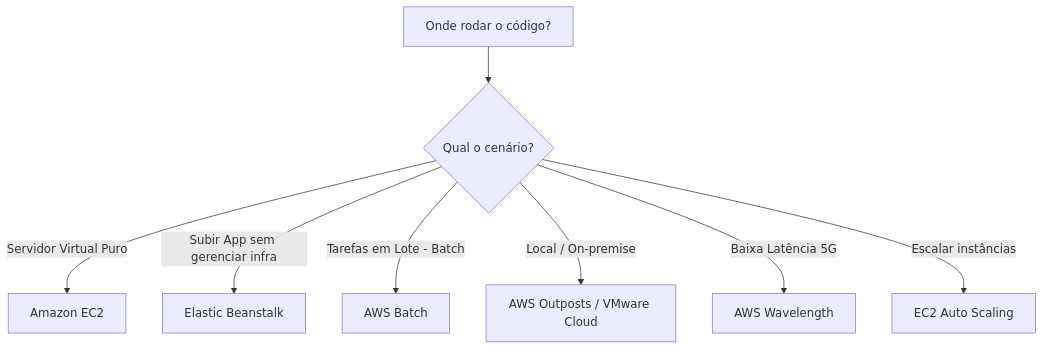
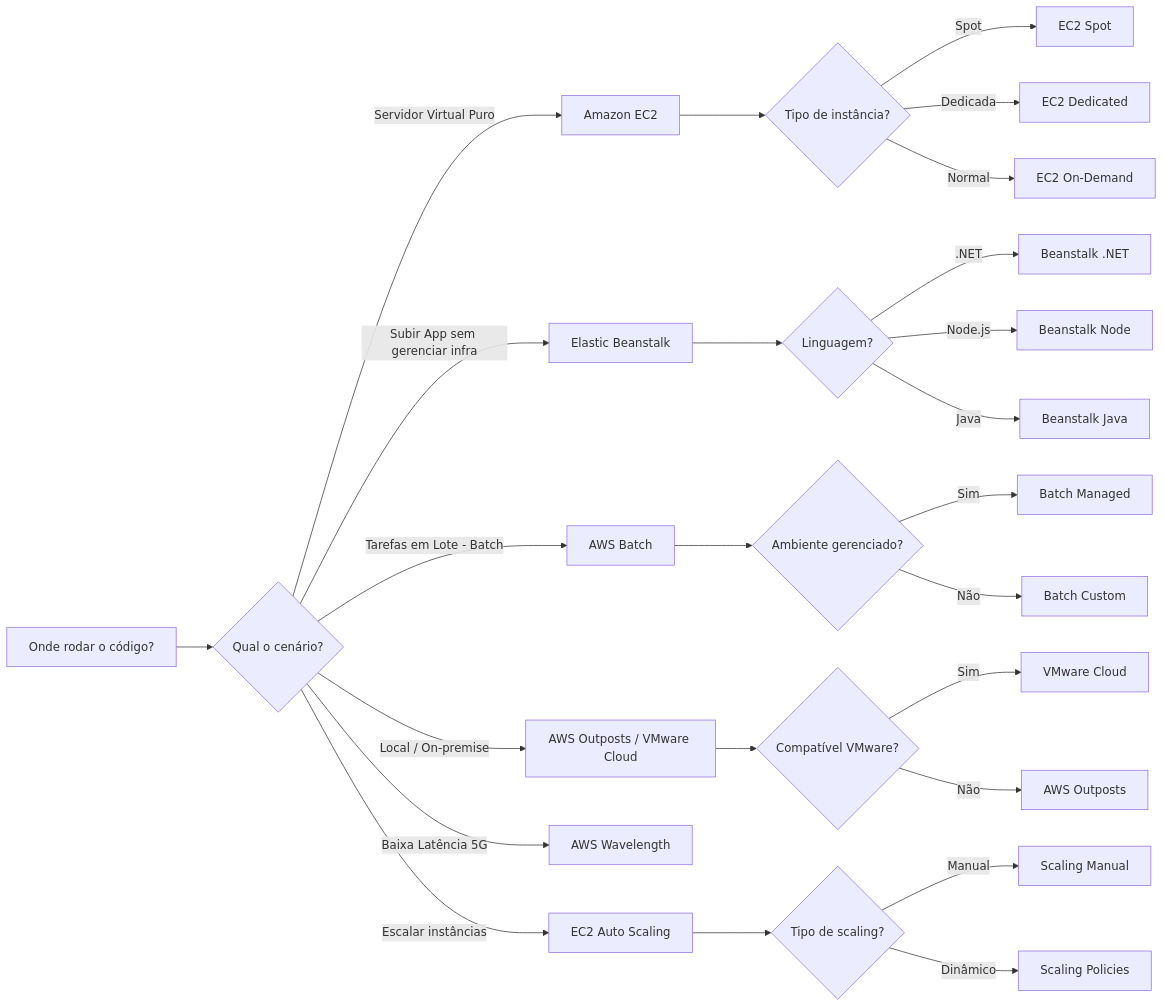
One commit to marcelooliveira/flashcards-aws changed the third of 10 diagrams in FlashCards/Web/wwwroot/minimal/decision-trees-aws-services.md. Above: the diagram before and after it, drawn with Mermaid. The commit also changed other lines of this file, not shown here.

Commit message:
refactor: update decision trees for AWS services with enhanced options and integrations

````diff
--- a/FlashCards/Web/wwwroot/minimal/decision-trees-aws-services.md
+++ b/FlashCards/Web/wwwroot/minimal/decision-trees-aws-services.md
@@ -35,10 +82,27 @@
 ```mermaid
-graph TD
+graph LR
     A[Onde rodar o código?] --> B{Qual o cenário?}
     B -- Servidor Virtual Puro --> C[Amazon EC2]
+    C --> C1{Tipo de instância?}
+    C1 -- Spot --> C2[EC2 Spot]
+    C1 -- Dedicada --> C3[EC2 Dedicated]
+    C1 -- Normal --> C4[EC2 On-Demand]
     B -- Subir App sem gerenciar infra --> D[Elastic Beanstalk]
+    D --> D1{Linguagem?}
+    D1 -- .NET --> D2[Beanstalk .NET]
+    D1 -- Node.js --> D3[Beanstalk Node]
+    D1 -- Java --> D4[Beanstalk Java]
     B -- Tarefas em Lote - Batch --> E[AWS Batch]
+    E --> E1{Ambiente gerenciado?}
+    E1 -- Sim --> E2[Batch Managed]
+    E1 -- Não --> E3[Batch Custom]
     B -- Local / On-premise --> F[AWS Outposts / VMware Cloud]
+    F --> F1{Compatível VMware?}
+    F1 -- Sim --> F2[VMware Cloud]
+    F1 -- Não --> F3[AWS Outposts]
     B -- Baixa Latência 5G --> G[AWS Wavelength]
     B -- Escalar instâncias --> H[EC2 Auto Scaling]
+    H --> H1{Tipo de scaling?}
+    H1 -- Manual --> H2[Scaling Manual]
+    H1 -- Dinâmico --> H3[Scaling Policies]
 ```
````
